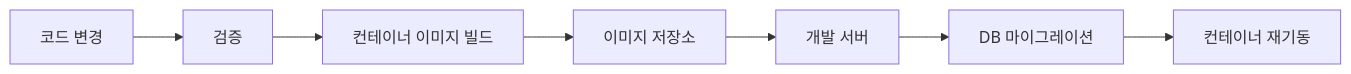
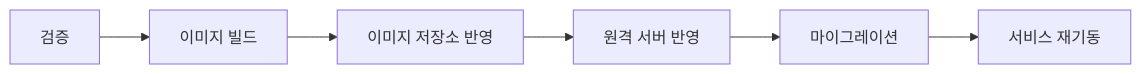
Before and after one commit to jei-seesaw/seesaw-api: the tenth of 10 diagrams in README.md, drawn with Mermaid. The commit also changed other lines of this file, not shown here.

````diff
--- a/README.md
+++ b/README.md
@@ -218,17 +343,15 @@
 ```mermaid
 flowchart LR
-  Push[코드 변경]
   Verify[검증]
-  Build[컨테이너 이미지 빌드]
-  Registry[이미지 저장소]
-  Server[개발 서버]
-  Compose[컨테이너 재기동]
-  Migration[DB 마이그레이션]
+  Build[이미지 빌드]
+  Push[이미지 저장소 반영]
+  Deploy[원격 서버 반영]
+  Migrate[마이그레이션]
+  Restart[서비스 재기동]
 
-  Push --> Verify
   Verify --> Build
-  Build --> Registry
-  Registry --> Server
-  Server --> Migration
-  Migration --> Compose
+  Build --> Push
+  Push --> Deploy
+  Deploy --> Migrate
+  Migrate --> Restart
 ```
````
